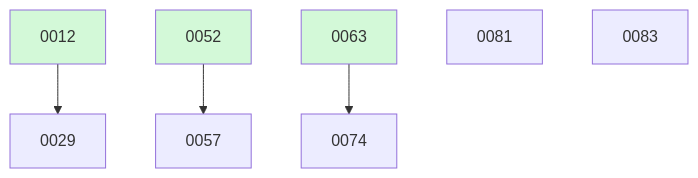
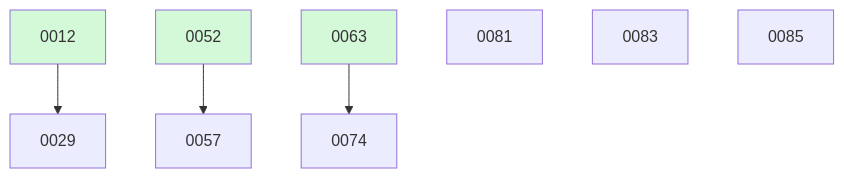
Before and after one commit to ethanhinson/fuse: the diagram in docs/changes/BOARD.md, drawn with Mermaid. The commit also changed other lines of this file and 1 other file, not shown here.

````diff
--- a/docs/changes/BOARD.md
+++ b/docs/changes/BOARD.md
@@ -25,12 +26,13 @@
 ```mermaid
 graph TD
   0012 --> 0029
   0052 --> 0057
   0063 --> 0074
   0081
   0083
+  0085
   0012:::done
   0052:::done
   0063:::done
   classDef done fill:#d3f9d8;
 ```
````
